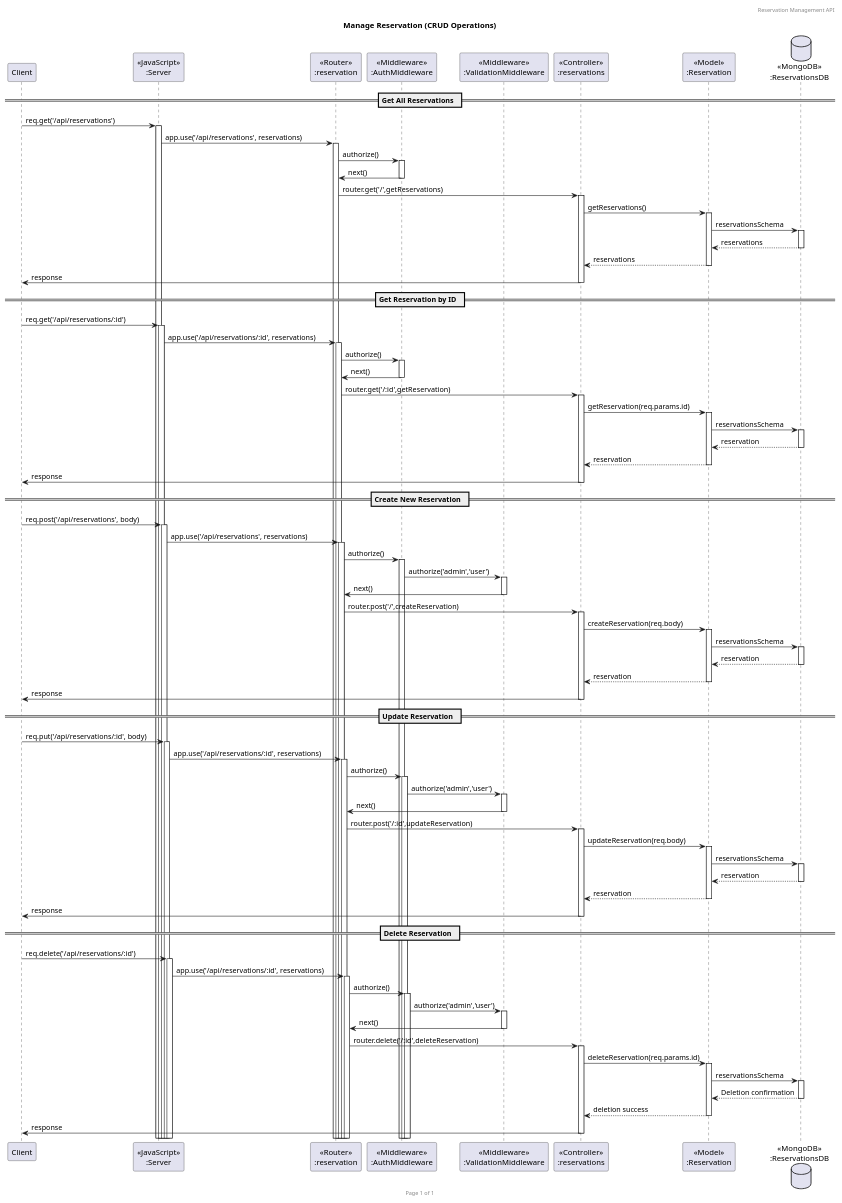
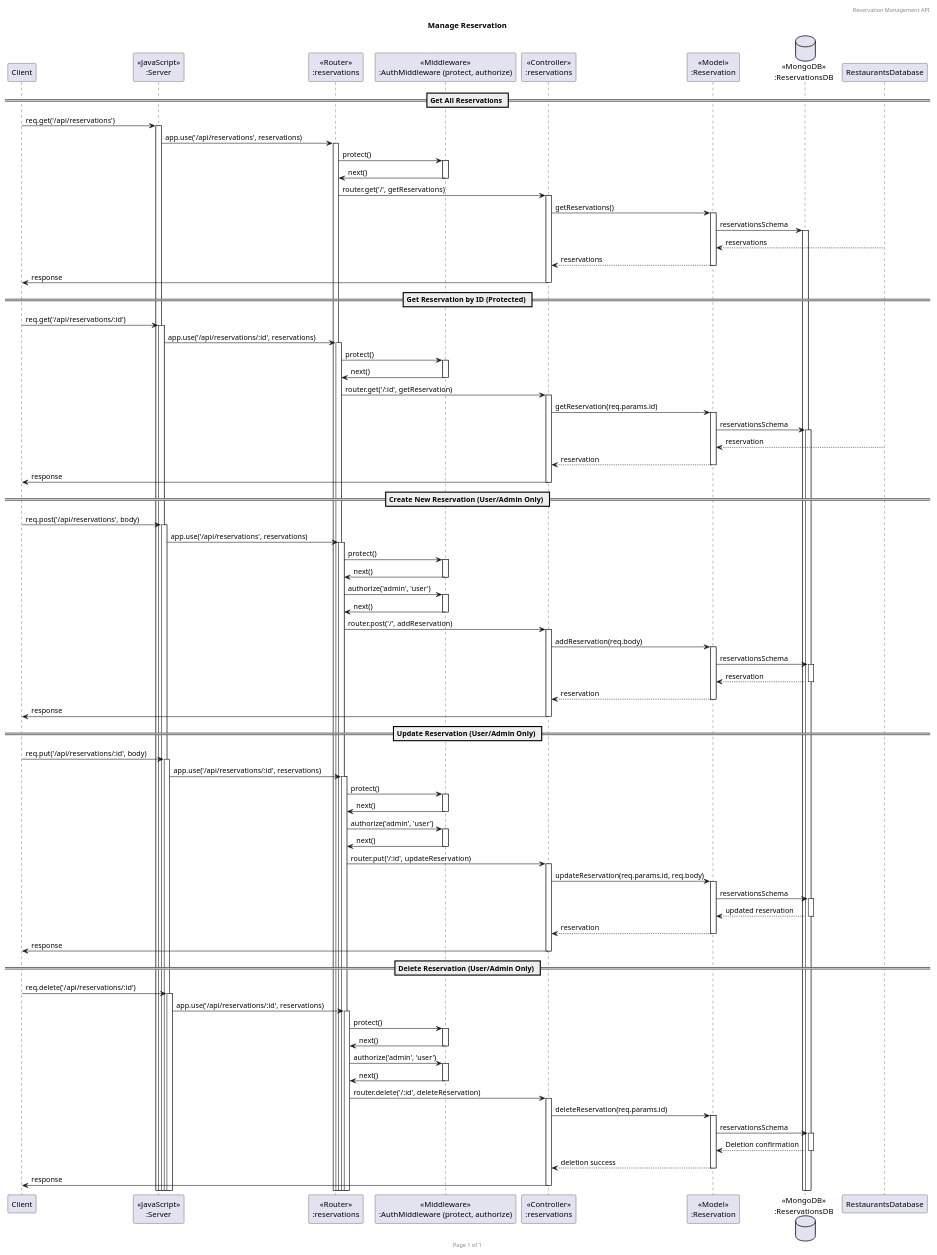
One commit to Sun-sh1nee/Backend-Restaurant changed the diagram in diagram/Sequence_diagram_reservation.puml. Above: the diagram before and after it, drawn with PlantUML. The commit also changed 4 other files, not shown here.

```diff
--- a/diagram/Sequence_diagram_reservation.puml
+++ b/diagram/Sequence_diagram_reservation.puml
@@ -1,79 +1,81 @@
-@startuml Manage Reservation (CRUD)
+@startuml Manage Reservation
 
 header Reservation Management API
 footer Page %page% of %lastpage%
-title "Manage Reservation (CRUD Operations)"
+title "Manage Reservation"
 
 participant "Client" as client
 participant "<<JavaScript>>\n:Server" as server
-participant "<<Router>>\n:reservation" as routerReservation
-participant "<<Middleware>>\n:AuthMiddleware" as authMiddleware
-participant "<<Middleware>>\n:ValidationMiddleware" as validationMiddleware
+participant "<<Router>>\n:reservations" as routerReservation
+participant "<<Middleware>>\n:AuthMiddleware (protect, authorize)" as authMiddleware
 participant "<<Controller>>\n:reservations" as controllersReservation
 participant "<<Model>>\n:Reservation" as modelReservation
 database "<<MongoDB>>\n:ReservationsDB" as ReservationsDatabase
 
-== Get All Reservations  ==
+== Get All Reservations ==
 client -> server ++ : req.get('/api/reservations')
 server -> routerReservation ++ : app.use('/api/reservations', reservations)
-routerReservation -> authMiddleware ++ : authorize()
+routerReservation -> authMiddleware ++ : protect()   
 authMiddleware -> routerReservation -- : next() 
-routerReservation -> controllersReservation ++ : router.get('/',getReservations)
+routerReservation -> controllersReservation ++ : router.get('/', getReservations)
 controllersReservation -> modelReservation ++ : getReservations()
-modelReservation -> ReservationsDatabase ++ :  reservationsSchema
-ReservationsDatabase --> modelReservation -- : reservations
+modelReservation -> ReservationsDatabase ++ : reservationsSchema
+RestaurantsDatabase --> modelReservation -- : reservations
 controllersReservation <-- modelReservation -- : reservations
 controllersReservation -> client -- : response 
 
-== Get Reservation by ID  ==
+== Get Reservation by ID (Protected) ==
 client -> server ++ : req.get('/api/reservations/:id')
 server -> routerReservation ++ : app.use('/api/reservations/:id', reservations)
-routerReservation -> authMiddleware ++ : authorize()
+routerReservation -> authMiddleware ++ : protect() 
 authMiddleware -> routerReservation -- : next() 
-routerReservation -> controllersReservation ++ :router.get('/:id',getReservation) 
+routerReservation -> controllersReservation ++ : router.get('/:id', getReservation) 
 controllersReservation -> modelReservation ++ : getReservation(req.params.id)
+modelReservation -> ReservationsDatabase ++ : reservationsSchema
+RestaurantsDatabase --> modelReservation -- : reservation
+controllersReservation <-- modelReservation -- : reservation
+controllersReservation -> client -- : response 
+
+== Create New Reservation (User/Admin Only) ==
+client -> server ++ : req.post('/api/reservations', body)
+server -> routerReservation ++ : app.use('/api/reservations', reservations)
+routerReservation -> authMiddleware ++ : protect()   
+authMiddleware -> routerReservation -- : next()
+routerReservation -> authMiddleware ++ : authorize('admin', 'user')
+authMiddleware -> routerReservation -- : next()  
+routerReservation -> controllersReservation ++ : router.post('/', addReservation)
+controllersReservation -> modelReservation ++ : addReservation(req.body)
 modelReservation -> ReservationsDatabase ++ : reservationsSchema
 ReservationsDatabase --> modelReservation -- : reservation
 controllersReservation <-- modelReservation -- : reservation
 controllersReservation -> client -- : response 
 
-== Create New Reservation  ==
-client -> server ++ : req.post('/api/reservations', body)
-server -> routerReservation ++ : app.use('/api/reservations', reservations)
-routerReservation -> authMiddleware ++ : authorize()
-authMiddleware -> validationMiddleware ++ : authorize('admin','user')
-validationMiddleware -> routerReservation -- : next() 
-routerReservation -> controllersReservation ++ : router.post('/',createReservation)
-controllersReservation -> modelReservation ++ : createReservation(req.body)
+== Update Reservation (User/Admin Only) ==
+client -> server ++ : req.put('/api/reservations/:id', body)
+server -> routerReservation ++ : app.use('/api/reservations/:id', reservations)
+routerReservation -> authMiddleware ++ : protect()  
+authMiddleware -> routerReservation -- : next()
+routerReservation -> authMiddleware ++ : authorize('admin', 'user')
+authMiddleware -> routerReservation -- :next()  
+routerReservation -> controllersReservation ++ : router.put('/:id', updateReservation)
+controllersReservation -> modelReservation ++ : updateReservation(req.params.id, req.body)
 modelReservation -> ReservationsDatabase ++ : reservationsSchema
-ReservationsDatabase --> modelReservation -- : reservation
+ReservationsDatabase --> modelReservation -- : updated reservation
 controllersReservation <-- modelReservation -- : reservation
 controllersReservation -> client -- : response 
 
-== Update Reservation  ==
-client -> server ++ : req.put('/api/reservations/:id', body)
-server -> routerReservation ++ : app.use('/api/reservations/:id', reservations)
-routerReservation -> authMiddleware ++ : authorize()
-authMiddleware -> validationMiddleware ++ : authorize('admin','user')
-validationMiddleware -> routerReservation -- : next() 
-routerReservation -> controllersReservation ++ : router.post('/:id',updateReservation)
-controllersReservation -> modelReservation ++ : updateReservation(req.body)
-modelReservation -> ReservationsDatabase ++ : reservationsSchema
-ReservationsDatabase --> modelReservation -- : reservation
-controllersReservation <-- modelReservation -- : reservation
-controllersReservation -> client -- : response 
-
-== Delete Reservation  ==
+== Delete Reservation (User/Admin Only) ==
 client -> server ++ : req.delete('/api/reservations/:id')
 server -> routerReservation ++ : app.use('/api/reservations/:id', reservations)
-routerReservation -> authMiddleware ++ : authorize()
-authMiddleware -> validationMiddleware ++ : authorize('admin','user')
-validationMiddleware -> routerReservation -- : next()
-routerReservation -> controllersReservation ++ : router.delete('/:id',deleteReservation)
+routerReservation -> authMiddleware ++ : protect()  
+authMiddleware -> routerReservation -- : next()
+routerReservation -> authMiddleware ++ : authorize('admin', 'user')
+authMiddleware -> routerReservation -- : next()
+routerReservation -> controllersReservation ++ : router.delete('/:id', deleteReservation)
 controllersReservation -> modelReservation ++ : deleteReservation(req.params.id)
 modelReservation -> ReservationsDatabase ++ : reservationsSchema
 ReservationsDatabase --> modelReservation -- : Deletion confirmation
 controllersReservation <-- modelReservation -- : deletion success
 controllersReservation -> client -- : response 
 
 @enduml
```
